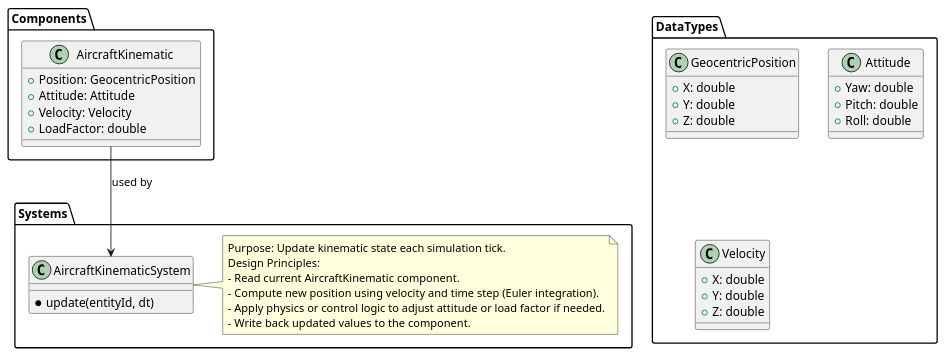
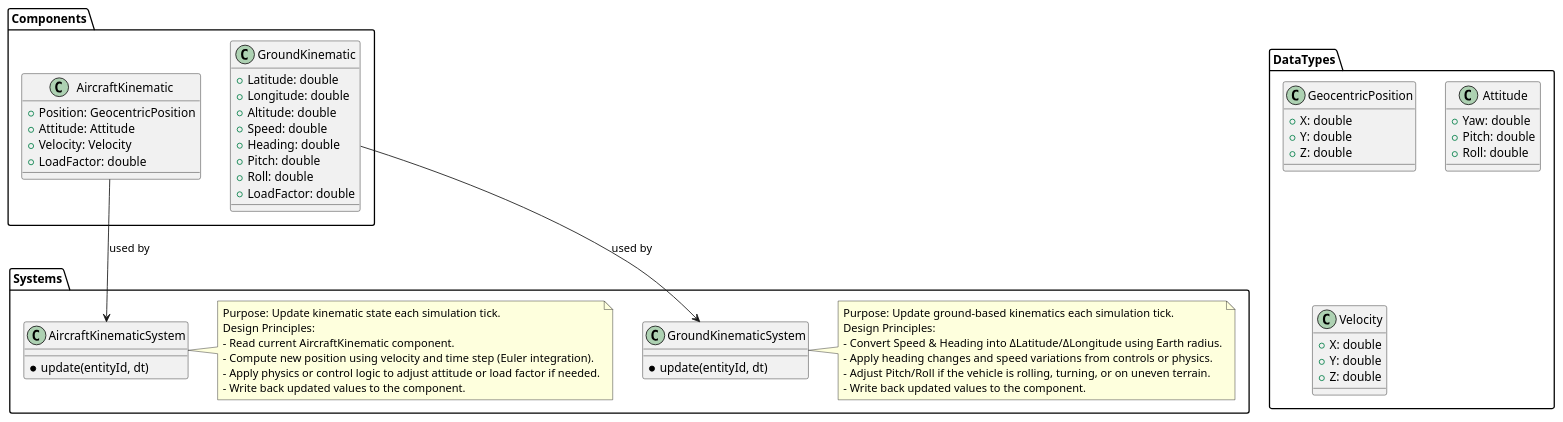
The diagram in design/ecs_architecture.puml (mastertnt/xCGF), drawn with PlantUML before and after one commit. The commit also changed other lines of this file and 1 other file, not shown here.

Commit message:
Create a ground kinematic

```diff
--- a/design/ecs_architecture.puml
+++ b/design/ecs_architecture.puml
@@ -1,47 +56,72 @@
 @startuml
 package "DataTypes" {
     class GeocentricPosition {
         +X: double
         +Y: double
         +Z: double
     }
 
     class Attitude {
         +Yaw: double
         +Pitch: double
         +Roll: double
     }
 
     class Velocity {
         +X: double
         +Y: double
         +Z: double
     }
 }
 
 package "Components" {
     class AircraftKinematic {
         +Position: GeocentricPosition
         +Attitude: Attitude
         +Velocity: Velocity
         +LoadFactor: double
     }
+
+    class GroundKinematic {
+        +Latitude: double
+        +Longitude: double
+        +Altitude: double
+        +Speed: double
+        +Heading: double
+        +Pitch: double
+        +Roll: double
+        +LoadFactor: double
+    }
 }
 
 package "Systems" {
     class AircraftKinematicSystem {
         * update(entityId, dt)
     }
 
     note right of AircraftKinematicSystem
       Purpose: Update kinematic state each simulation tick.
       Design Principles:
       - Read current AircraftKinematic component.
       - Compute new position using velocity and time step (Euler integration).
       - Apply physics or control logic to adjust attitude or load factor if needed.
       - Write back updated values to the component.
     end note
+
+    class GroundKinematicSystem {
+        * update(entityId, dt)
+    }
+
+    note right of GroundKinematicSystem
+      Purpose: Update ground‑based kinematics each simulation tick.
+      Design Principles:
+      - Convert Speed & Heading into ΔLatitude/ΔLongitude using Earth radius.
+      - Apply heading changes and speed variations from controls or physics.
+      - Adjust Pitch/Roll if the vehicle is rolling, turning, or on uneven terrain.
+      - Write back updated values to the component.
+    end note
 }
 
 AircraftKinematic --> AircraftKinematicSystem : used by
+GroundKinematic --> GroundKinematicSystem : used by
 @enduml
```
